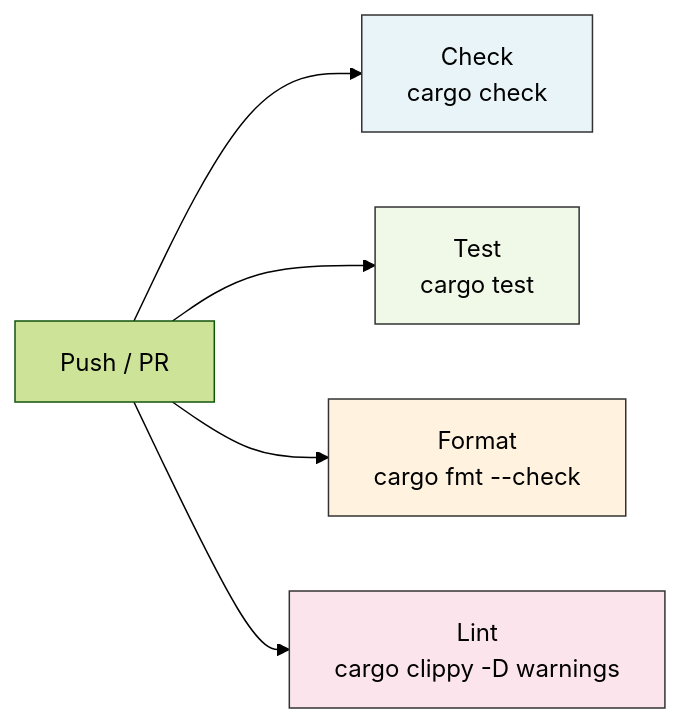
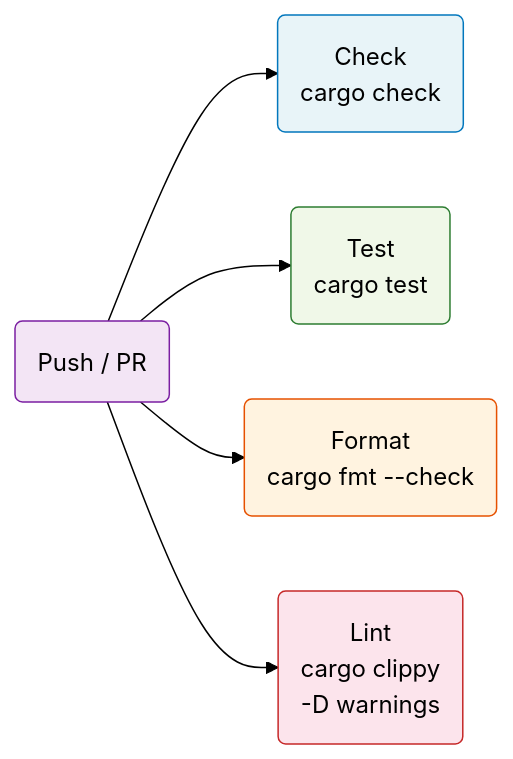
Before and after one commit to andrealaforgia/alfred: the fifth of 5 diagrams in docs/walkthrough/alfred-walkthrough.md, drawn with Mermaid (forest theme). The commit also changed other lines of this file and 4 other files, not shown here.

````diff
--- a/docs/walkthrough/alfred-walkthrough.md
+++ b/docs/walkthrough/alfred-walkthrough.md
@@ -757,18 +911,13 @@
 ```mermaid
 graph LR
-    PUSH["Push / PR"]
-    CHECK["Check<br/>cargo check"]
-    TEST["Test<br/>cargo test"]
-    FORMAT["Format<br/>cargo fmt --check"]
-    LINT["Lint<br/>cargo clippy -D warnings"]
+    PUSH("Push / PR") --> CHECK("Check<br/>cargo check")
+    PUSH --> TEST("Test<br/>cargo test")
+    PUSH --> FORMAT("Format<br/>cargo fmt --check")
+    PUSH --> LINT("Lint<br/>cargo clippy<br/>-D warnings")
 
-    PUSH --> CHECK
-    PUSH --> TEST
-    PUSH --> FORMAT
-    PUSH --> LINT
-
-    style CHECK fill:#e8f4f8,stroke:#333
-    style TEST fill:#f0f8e8,stroke:#333
-    style FORMAT fill:#fff3e0,stroke:#333
-    style LINT fill:#fce4ec,stroke:#333
+    style PUSH fill:#f3e5f5,stroke:#7b1fa2
+    style CHECK fill:#e8f4f8,stroke:#0277bd
+    style TEST fill:#f0f8e8,stroke:#2e7d32
+    style FORMAT fill:#fff3e0,stroke:#e65100
+    style LINT fill:#fce4ec,stroke:#c62828
 ```
````
